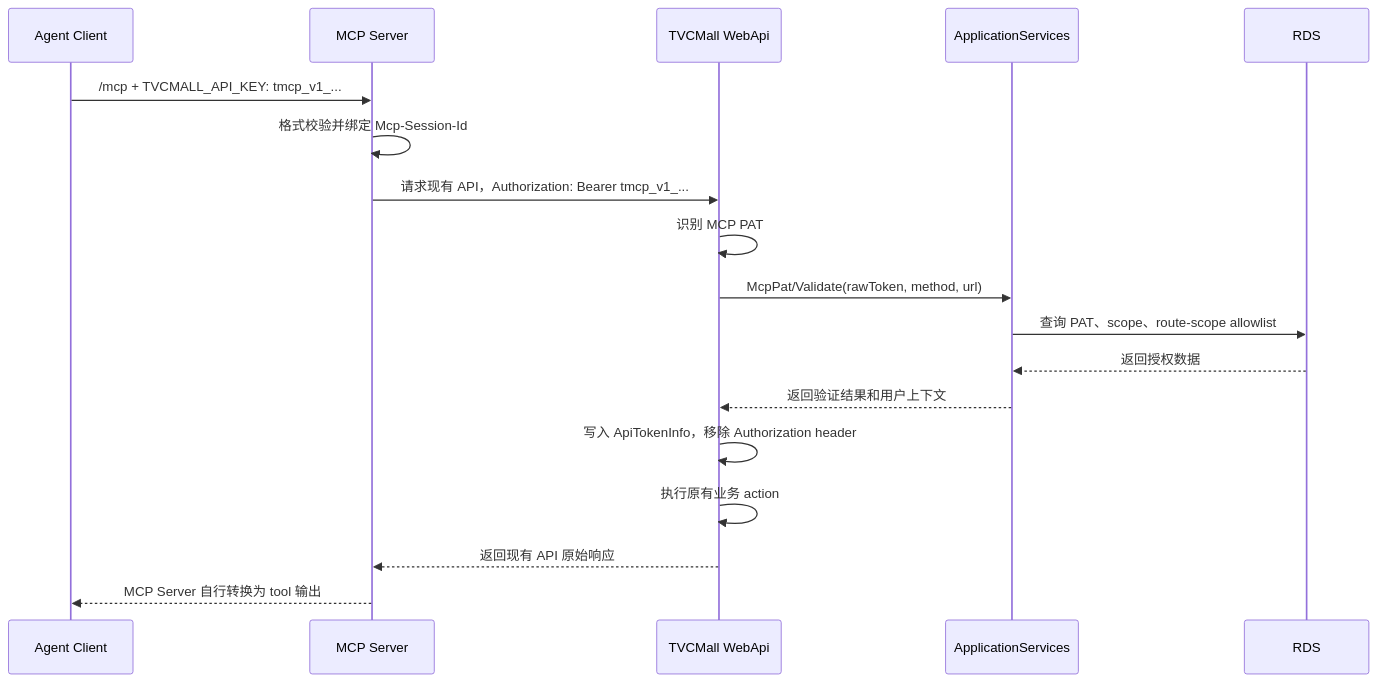
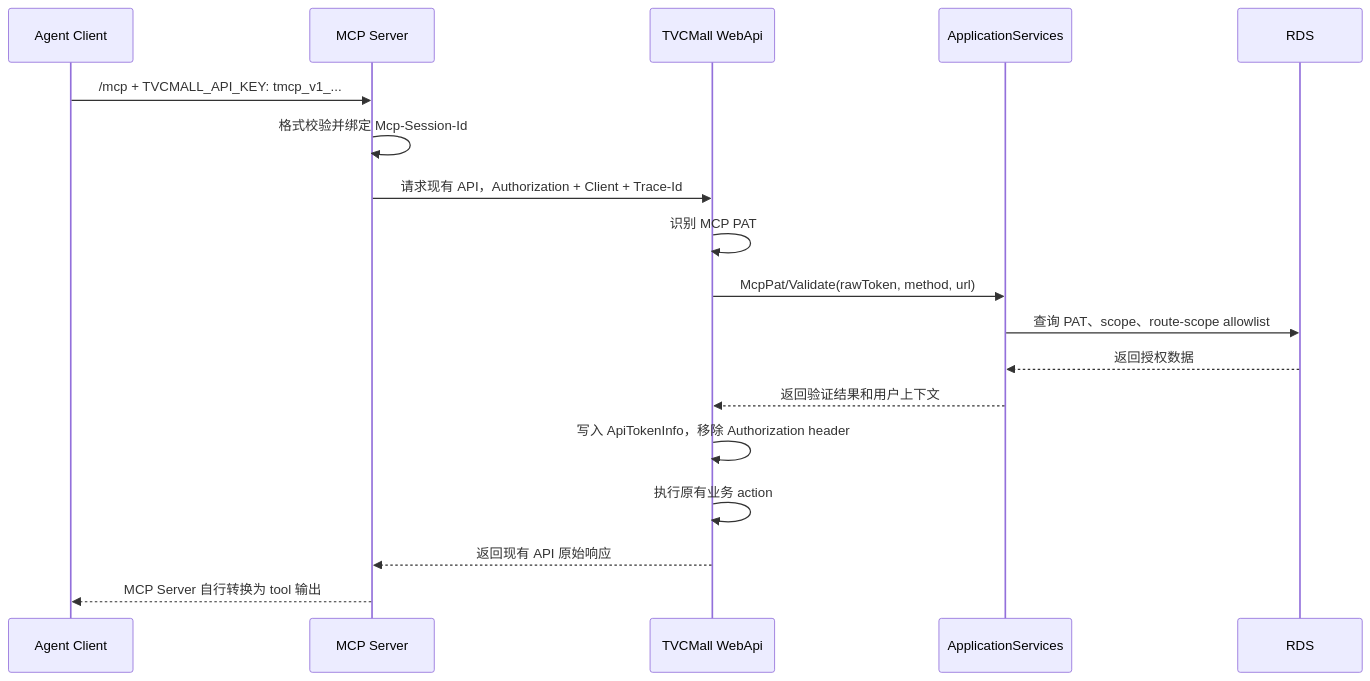
The diagram in tvcmall-webapi mcp开发接入说明文档.md (feizhan1/tvcmall-mcp), drawn with Mermaid before and after one commit. The commit also changed other lines of this file and 2 other files, not shown here.

Commit message:
docs: 定义 WebApi 授权追踪契约

````diff
--- a/tvcmall-webapi mcp开发接入说明文档.md
+++ b/tvcmall-webapi mcp开发接入说明文档.md
@@ -112,21 +128,21 @@
 ```mermaid
 sequenceDiagram
     participant Agent as Agent Client
     participant MCP as MCP Server
     participant WebApi as TVCMall WebApi
     participant App as ApplicationServices
     participant RDS as RDS
 
     Agent->>MCP: /mcp + TVCMALL_API_KEY: tmcp_v1_...
     MCP->>MCP: 格式校验并绑定 Mcp-Session-Id
-    MCP->>WebApi: 请求现有 API，Authorization: Bearer tmcp_v1_...
+    MCP->>WebApi: 请求现有 API，Authorization + Client + Trace-Id
     WebApi->>WebApi: 识别 MCP PAT
     WebApi->>App: McpPat/Validate(rawToken, method, url)
     App->>RDS: 查询 PAT、scope、route-scope allowlist
     RDS-->>App: 返回授权数据
     App-->>WebApi: 返回验证结果和用户上下文
     WebApi->>WebApi: 写入 ApiTokenInfo，移除 Authorization header
     WebApi->>WebApi: 执行原有业务 action
     WebApi-->>MCP: 返回现有 API 原始响应
     MCP-->>Agent: MCP Server 自行转换为 tool 输出
 ```
````
